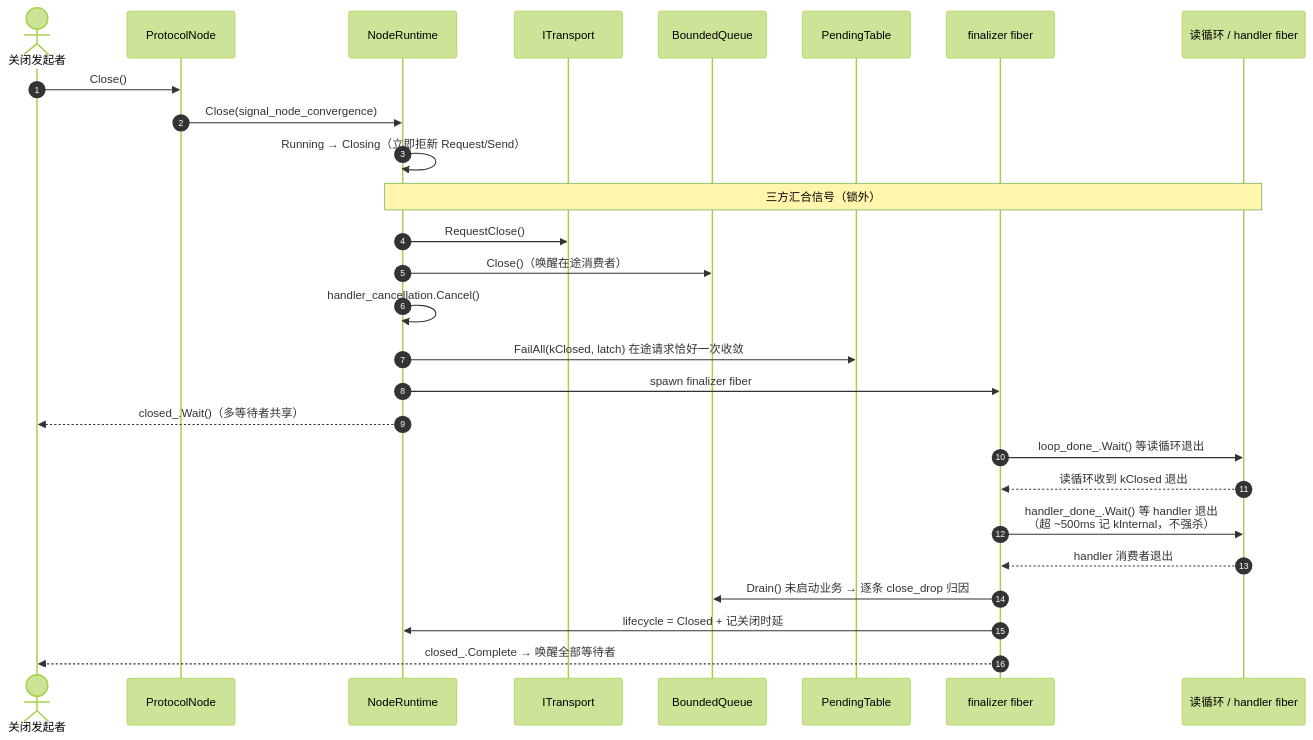
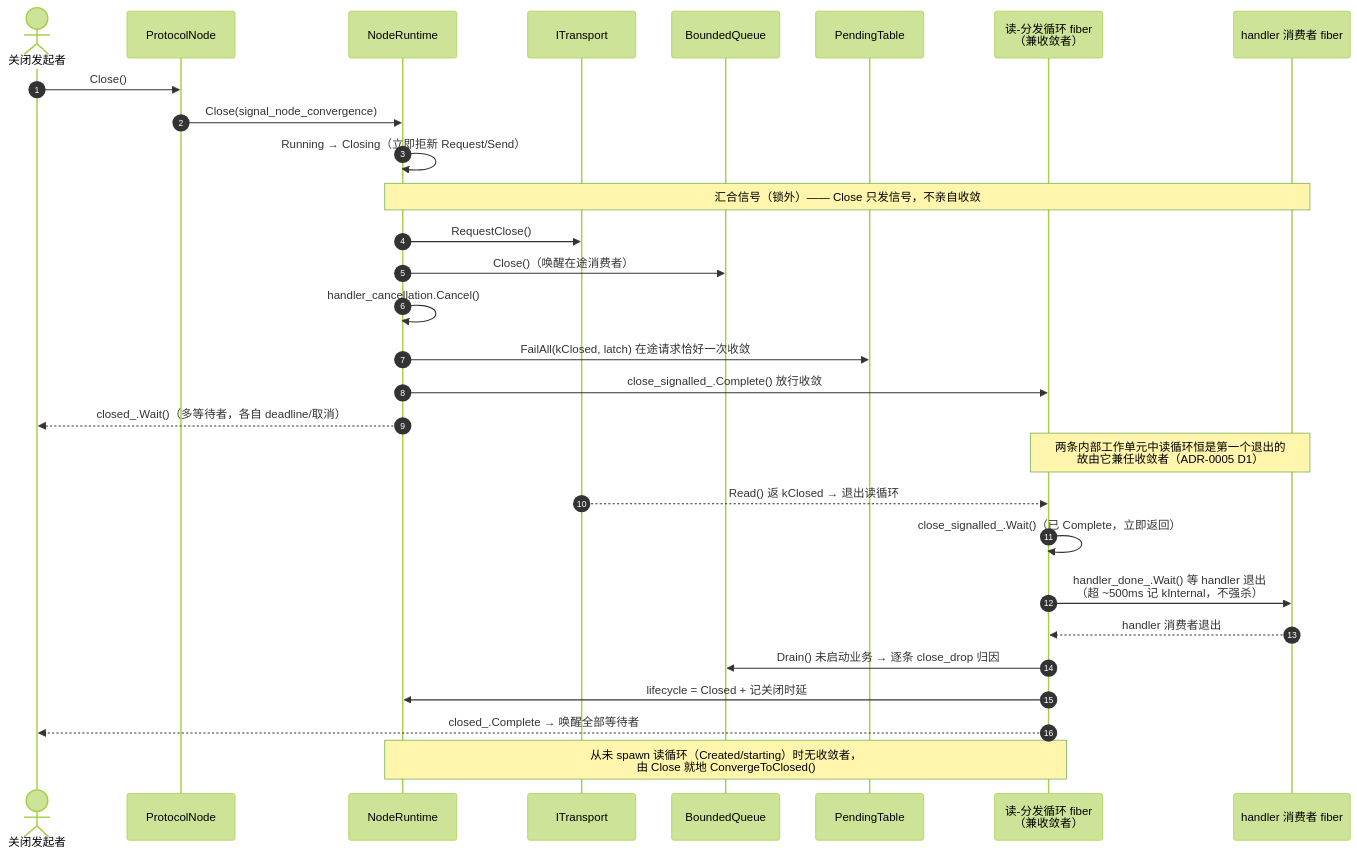
The diagram in docs/diagrams/seq-close.mmd (Ste7an-cs/Transport), drawn with Mermaid (forest theme) before and after one commit. The commit also changed 12 other files, not shown here.

First line of the commit message:
docs: 同步收敛并入读循环(ADR-0005 D1)的设计/需求/图

```diff
--- a/docs/diagrams/seq-close.mmd
+++ b/docs/diagrams/seq-close.mmd
@@ -1,29 +1,32 @@
 sequenceDiagram
     autonumber
     actor X as 关闭发起者
     participant N as ProtocolNode
     participant RT as NodeRuntime
     participant T as ITransport
     participant BQ as BoundedQueue
     participant P as PendingTable
-    participant F as finalizer fiber
-    participant RL as 读循环 / handler fiber
+    participant RL as 读-分发循环 fiber<br/>（兼收敛者）
+    participant H as handler 消费者 fiber
 
     X->>N: Close()
     N->>RT: Close(signal_node_convergence)
     RT->>RT: Running → Closing（立即拒新 Request/Send）
-    Note over RT,RL: 三方汇合信号（锁外）
+    Note over RT,H: 汇合信号（锁外）—— Close 只发信号，不亲自收敛
     RT->>T: RequestClose()
     RT->>BQ: Close()（唤醒在途消费者）
     RT->>RT: handler_cancellation.Cancel()
     RT->>P: FailAll(kClosed, latch) 在途请求恰好一次收敛
-    RT->>F: spawn finalizer fiber
-    RT-->>X: closed_.Wait()（多等待者共享）
+    RT->>RL: close_signalled_.Complete() 放行收敛
+    RT-->>X: closed_.Wait()（多等待者，各自 deadline/取消）
 
-    F->>RL: loop_done_.Wait() 等读循环退出
-    RL-->>F: 读循环收到 kClosed 退出
-    F->>RL: handler_done_.Wait() 等 handler 退出<br/>（超 ~500ms 记 kInternal，不强杀）
-    RL-->>F: handler 消费者退出
-    F->>BQ: Drain() 未启动业务 → 逐条 close_drop 归因
-    F->>RT: lifecycle = Closed + 记关闭时延
-    F-->>X: closed_.Complete → 唤醒全部等待者
+    Note over RL,H: 两条内部工作单元中读循环恒是第一个退出的<br/>故由它兼任收敛者（ADR-0005 D1）
+    T-->>RL: Read() 返 kClosed → 退出读循环
+    RL->>RL: close_signalled_.Wait()（已 Complete，立即返回）
+    RL->>H: handler_done_.Wait() 等 handler 退出<br/>（超 ~500ms 记 kInternal，不强杀）
+    H-->>RL: handler 消费者退出
+    RL->>BQ: Drain() 未启动业务 → 逐条 close_drop 归因
+    RL->>RT: lifecycle = Closed + 记关闭时延
+    RL-->>X: closed_.Complete → 唤醒全部等待者
+
+    Note over RT,RL: 从未 spawn 读循环（Created/starting）时无收敛者，<br/>由 Close 就地 ConvergeToClosed()
```
